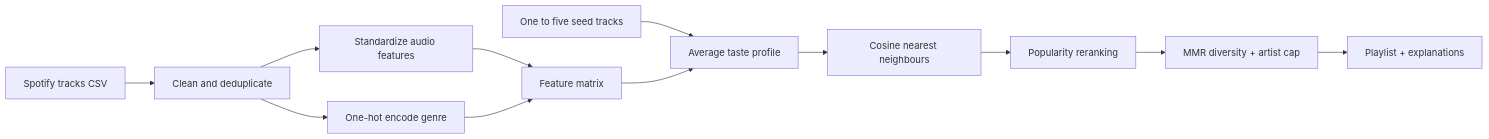
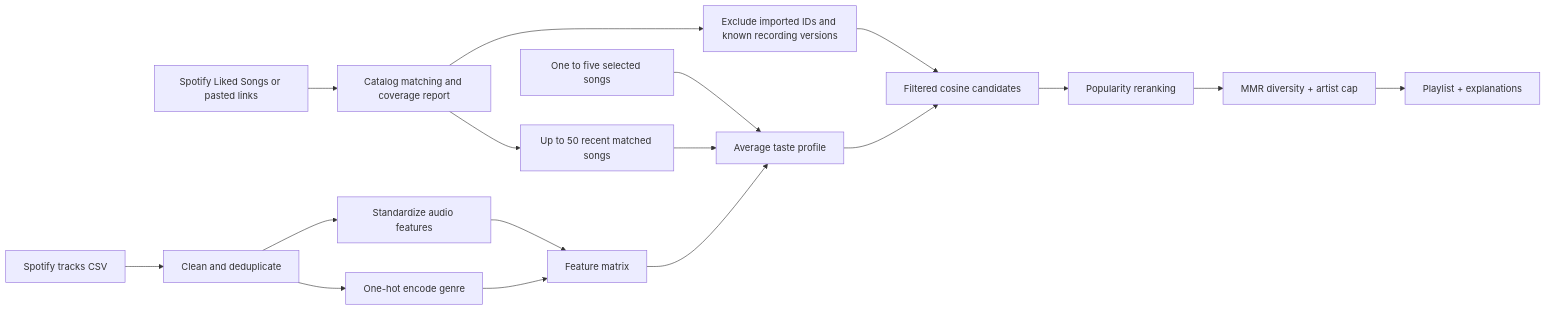
The diagram in README.md (amkumirab/spotify-music-recommender), drawn with Mermaid before and after one commit. The commit also changed other lines of this file and 4 other files, not shown here.

````diff
--- a/README.md
+++ b/README.md
@@ -30,14 +70,19 @@
 ```mermaid
 flowchart LR
     A[Spotify tracks CSV] --> B[Clean and deduplicate]
     B --> C[Standardize audio features]
     B --> D[One-hot encode genre]
     C --> E[Feature matrix]
     D --> E
-    I[One to five seed tracks] --> J[Average taste profile]
+    I[One to five selected songs] --> J[Average taste profile]
+    L[Spotify Liked Songs or pasted links] --> M[Catalog matching and coverage report]
+    M --> N[Up to 50 recent matched songs]
+    N --> J
+    M --> O[Exclude imported IDs and known recording versions]
     E --> J
-    J --> F[Cosine nearest neighbours]
+    O --> F[Filtered cosine candidates]
+    J --> F
     F --> G[Popularity reranking]
     G --> K[MMR diversity + artist cap]
     K --> H[Playlist + explanations]
 ```
````
